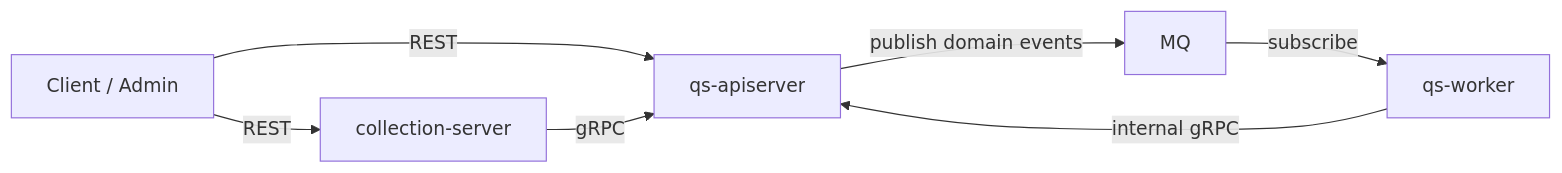
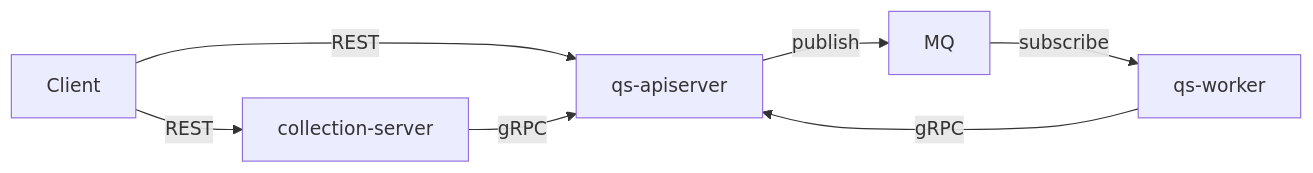
The first of 4 diagrams in docs/01-运行时/04-进程间通信.md (FangcunMount/qs-server), drawn with Mermaid before and after one commit. The commit also changed other lines of this file and 34 other files, not shown here.

````diff
--- a/docs/01-运行时/04-进程间通信.md
+++ b/docs/01-运行时/04-进程间通信.md
@@ -20,16 +25,15 @@
 ```mermaid
 flowchart LR
-    client[Client / Admin]
-    collection[collection-server]
-    apiserver[qs-apiserver]
-    worker[qs-worker]
+    client[Client]
+    col[collection-server]
+    api[qs-apiserver]
     mq[MQ]
+    w[qs-worker]
 
-    client -->|REST| collection
-    client -->|REST| apiserver
-
-    collection -->|gRPC| apiserver
-    apiserver -->|publish domain events| mq
-    mq -->|subscribe| worker
-    worker -->|internal gRPC| apiserver
+    client -->|REST| col
+    client -->|REST| api
+    col -->|gRPC| api
+    api -->|publish| mq
+    mq -->|subscribe| w
+    w -->|gRPC| api
 ```
````
